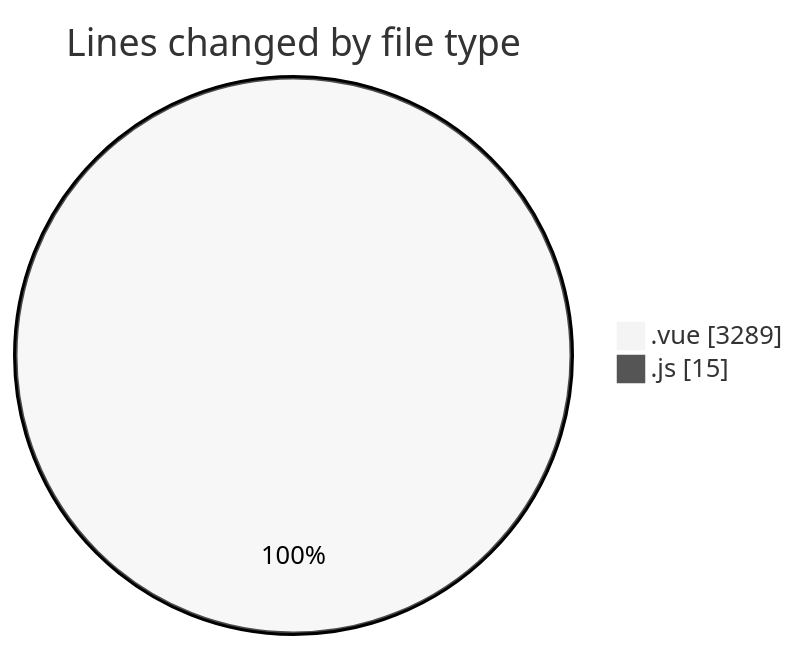
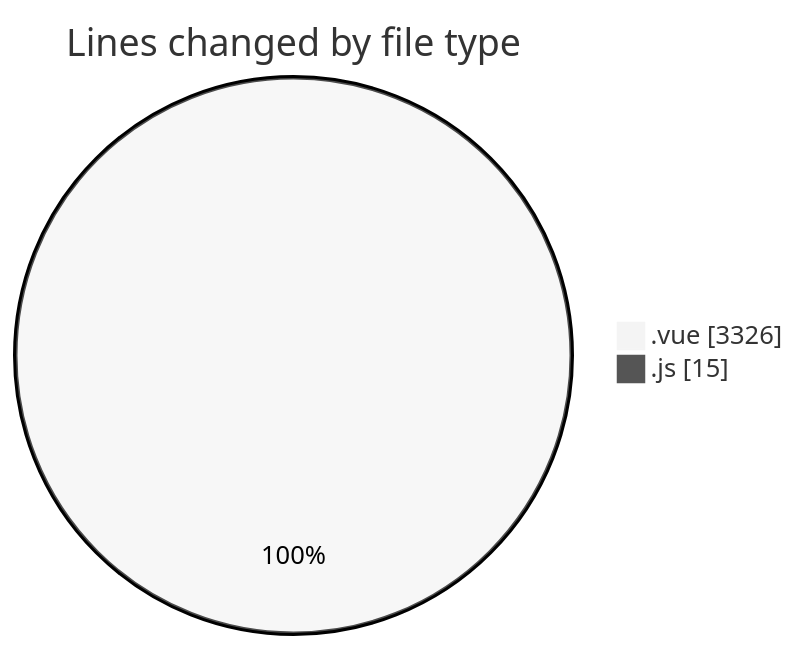
Before and after one commit to robertbonfada/code-tracking: the first of 2 diagrams in 2025-03-14/lumine-web/README.md, drawn with Mermaid (neutral theme). The commit also changed other lines of this file and 1 other file, not shown here.

````diff
--- a/2025-03-14/lumine-web/README.md
+++ b/2025-03-14/lumine-web/README.md
@@ -32,6 +32,6 @@
 ```mermaid
 pie showData
 title Lines changed by file type
-".vue" : 3289
+".vue" : 3326
 ".js" : 15
 ```
````
